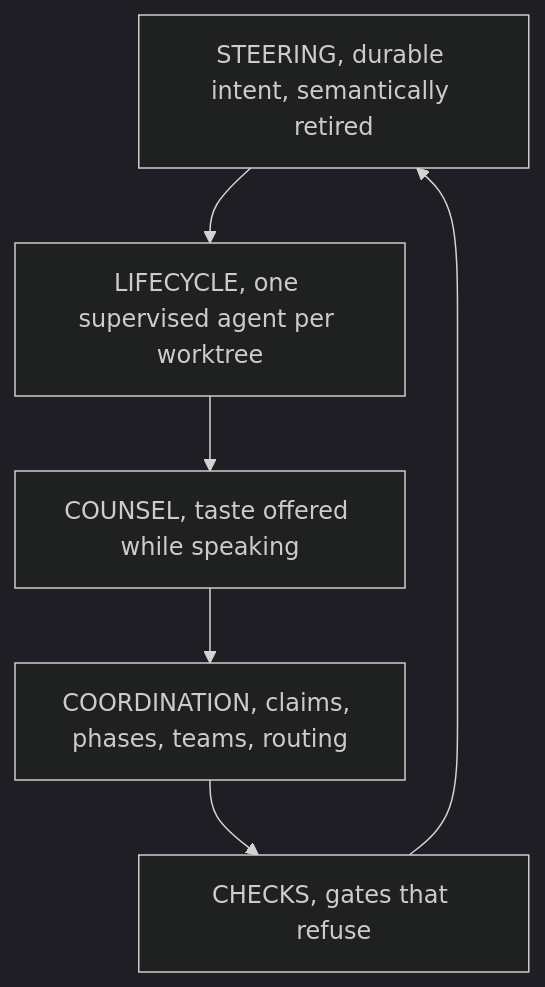
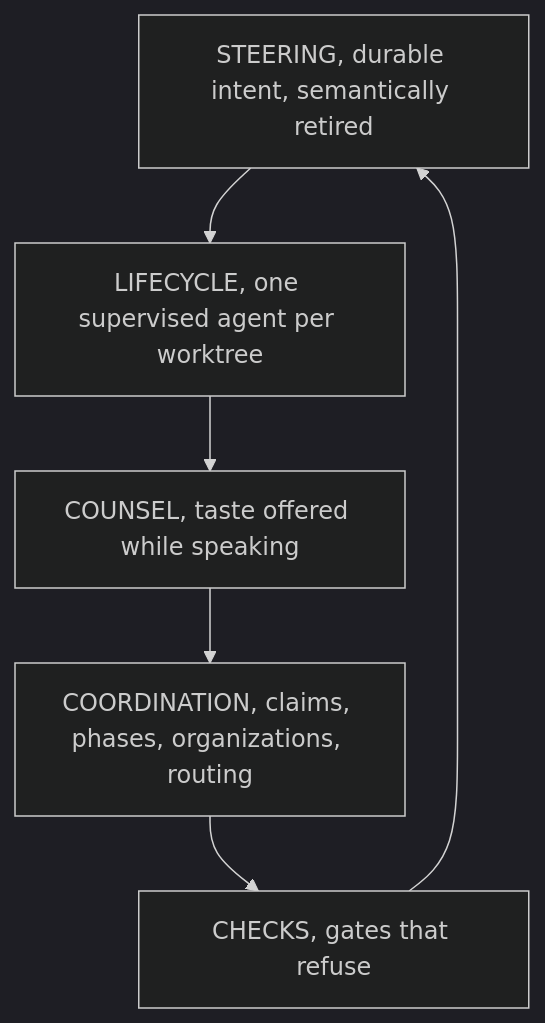
The first of 9 diagrams in docs/product/model/domain.md (infimalabs/spice-rust), drawn with Mermaid (dark theme) before and after one commit. The commit also changed other lines of this file and 99 other files, not shown here.

````diff
--- a/docs/product/model/domain.md
+++ b/docs/product/model/domain.md
@@ -17,8 +17,8 @@
 ```mermaid
 flowchart TD
   S["STEERING, durable intent, semantically retired"] --> L["LIFECYCLE, one supervised agent per worktree"]
   L --> C["COUNSEL, taste offered while speaking"]
-  C --> O["COORDINATION, claims, phases, teams, routing"]
+  C --> O["COORDINATION, claims, phases, organizations, routing"]
   O --> K["CHECKS, gates that refuse"]
   K --> S
 ```
````
